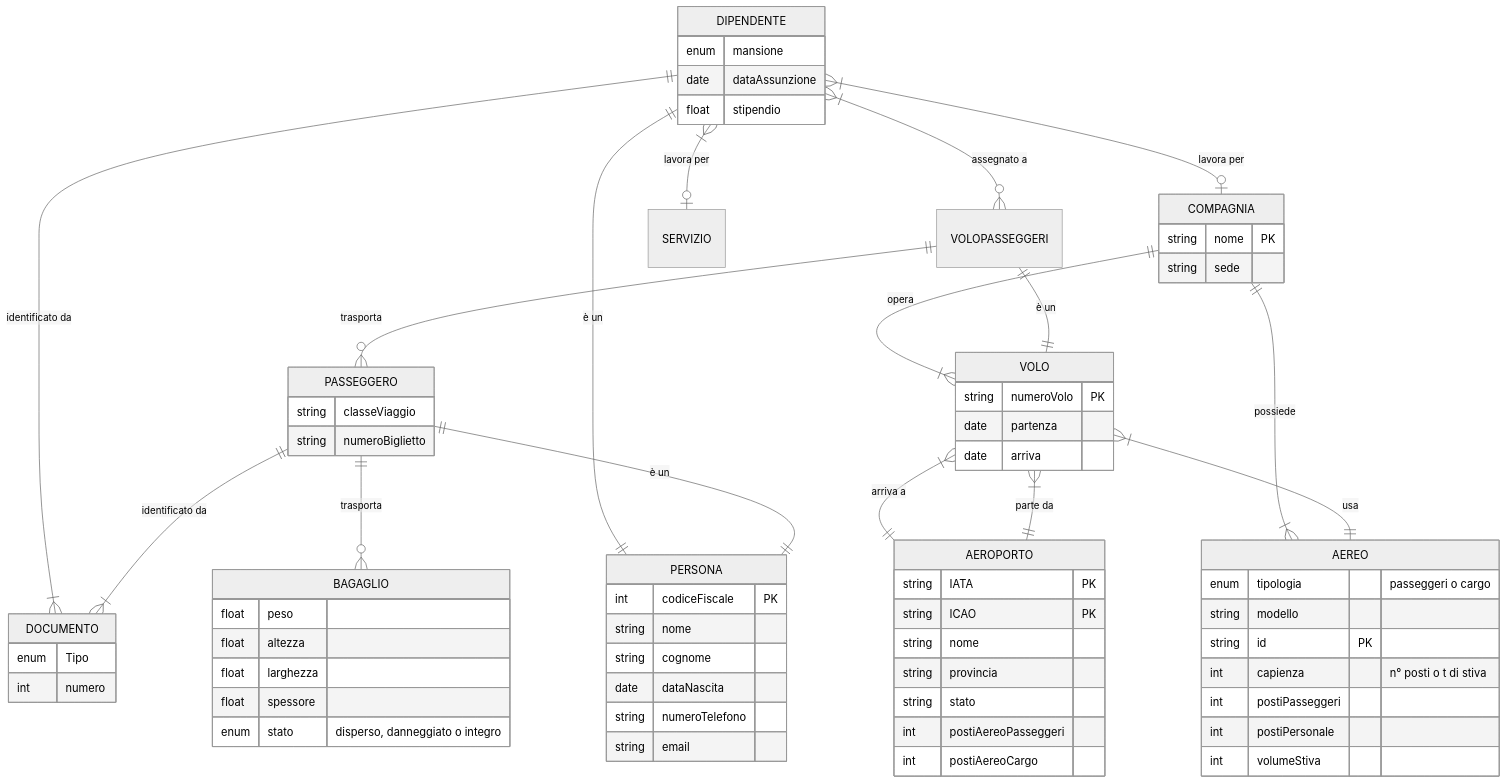
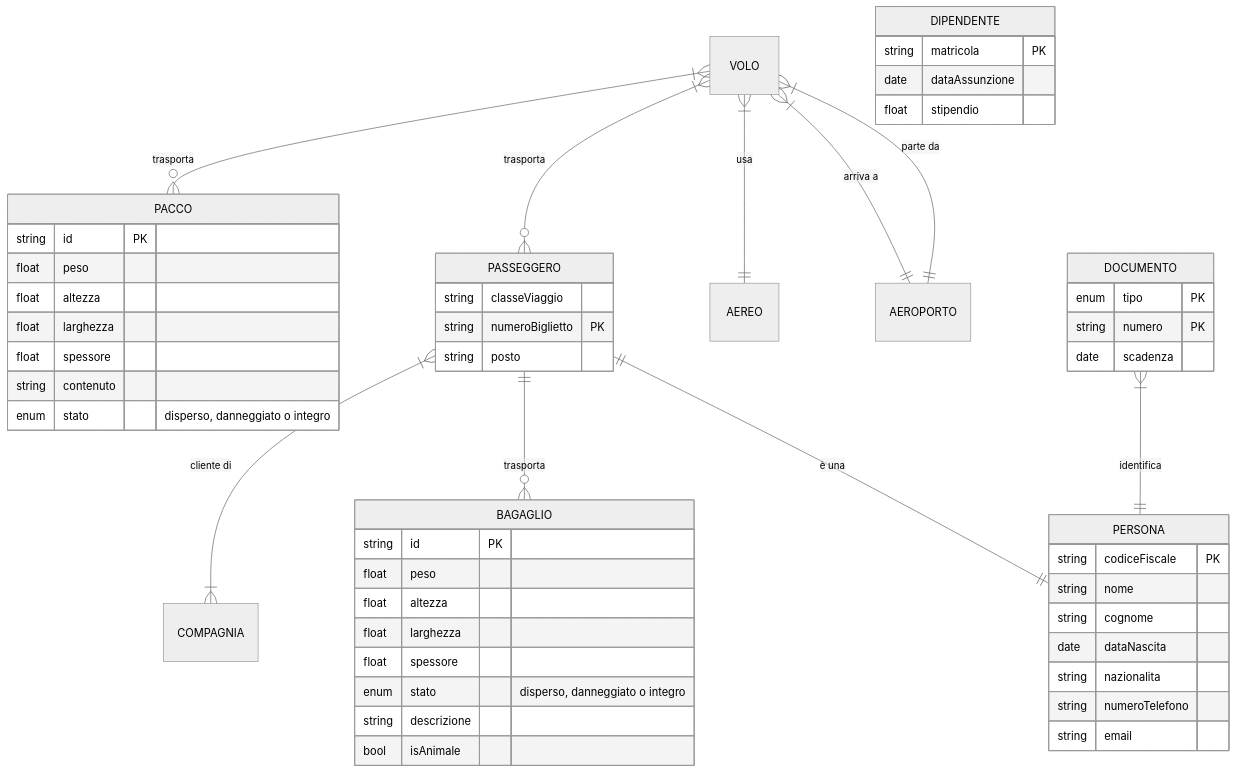
The third of 6 diagrams in RELAZIONE.md (Diebbo/aereodb), drawn with Mermaid (neutral theme) before and after one commit. The commit also changed other lines of this file, not shown here.

Commit message:
singoli componenti ok

````diff
--- a/RELAZIONE.md
+++ b/RELAZIONE.md
@@ -231,81 +256,58 @@
 ```mermaid
 erDiagram
-    VOLO }|--|| AEREO: "usa"
     VOLO }|--|| AEROPORTO: "parte da"
     VOLO }|--|| AEROPORTO: "arriva a"
+    VOLO }|--|| AEREO: "usa"
+    VOLO }|--o{ PASSEGGERO: "trasporta"
+    VOLO }|--o{ PACCO: "trasporta"
 
-    VOLOPASSEGGERI ||--|| VOLO: "è un"
-    VOLOPASSEGGERI ||--o{ PASSEGGERO: "trasporta"
+    PASSEGGERO ||--|| PERSONA: "è una"
+    PASSEGGERO ||--o{ BAGAGLIO: "trasporta"
+    PASSEGGERO }|--|{ COMPAGNIA: "cliente di"
 
-    COMPAGNIA ||--|{ VOLO: "opera"
-    COMPAGNIA ||--|{ AEREO: "possiede"
+    DOCUMENTO }|--|| PERSONA: "identifica"
 
-    PASSEGGERO ||--|| PERSONA: "è un"
-    PASSEGGERO ||--|{ DOCUMENTO: "identificato da"
-    PASSEGGERO ||--o{ BAGAGLIO: "trasporta"
-
-    DIPENDENTE ||--|{ DOCUMENTO: "identificato da"
-    DIPENDENTE }|--o| SERVIZIO: "lavora per"
-    DIPENDENTE }|--o{ VOLOPASSEGGERI: "assegnato a"
-    DIPENDENTE ||--|| PERSONA: "è un"
-    DIPENDENTE }|--o| COMPAGNIA: "lavora per"
-
+    PACCO {
+        string id PK
+        float peso
+        float altezza
+        float larghezza
+        float spessore
+        string contenuto
+        enum stato "disperso, danneggiato o integro"
+    }
     PERSONA {
-        int codiceFiscale PK
+        string codiceFiscale PK
         string nome
         string cognome
         date dataNascita
+        string nazionalita
         string numeroTelefono
         string email
     }
-    DIPENDENTE {
-        enum mansione
-        date dataAssunzione
-        float stipendio
-    }
     PASSEGGERO {
         string classeViaggio
-        string numeroBiglietto
-    }
-    DOCUMENTO {
-        enum Tipo
-        int numero
+        string numeroBiglietto PK
+        string posto
     }
     BAGAGLIO {
+        string id PK
         float peso
         float altezza
         float larghezza
         float spessore
         enum stato "disperso, danneggiato o integro"
+        string descrizione
+        bool isAnimale
     }
-    VOLOPASSEGGERI {
+    DIPENDENTE {
+        string matricola PK
+        date dataAssunzione
+        float stipendio
     }
-    VOLO {
-        string numeroVolo PK
-        date partenza
-        date arriva
-    }
-    AEROPORTO {
-        string IATA PK
-        string ICAO PK
-        string nome
-        string provincia
-        string stato
-        int postiAereoPasseggeri
-        int postiAereoCargo
-    }
-    AEREO {
-        enum tipologia "passeggeri o cargo"
-        string modello
-        string id PK
-        int capienza "n° posti o t di stiva"
-        int postiPasseggeri
-        int postiPersonale
-        int volumeStiva
-    }
-
-    COMPAGNIA {
-        string nome PK
-        string sede
+    DOCUMENTO {
+        enum tipo PK
+        string numero PK
+        date scadenza
     }
 ```
````
